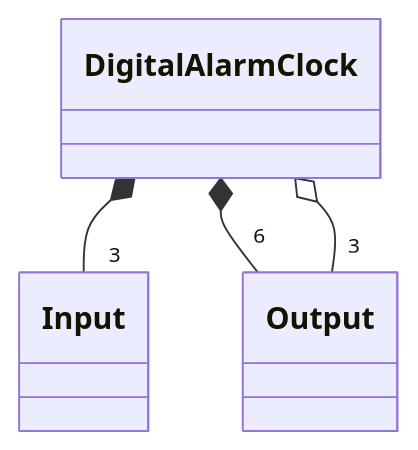
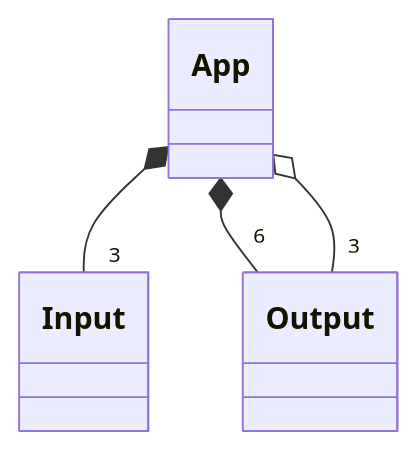
One commit to vermilion9312/digital-alarm-clock changed the second of 3 diagrams in README.md. Above: the diagram before and after it, drawn with Mermaid. The commit also changed other lines of this file and 99 other files, not shown here.

````diff
--- a/README.md
+++ b/README.md
@@ -28,12 +28,12 @@
 ```mermaid
 classDiagram
 direction TB
 
 class Input 
 class Output 
-class DigitalAlarmClock 
+class App 
 
-DigitalAlarmClock *-- "3" Input
-DigitalAlarmClock *-- "6" Output
-DigitalAlarmClock o-- "3" Output
+App *-- "3" Input
+App *-- "6" Output
+App o-- "3" Output
 ```
````
